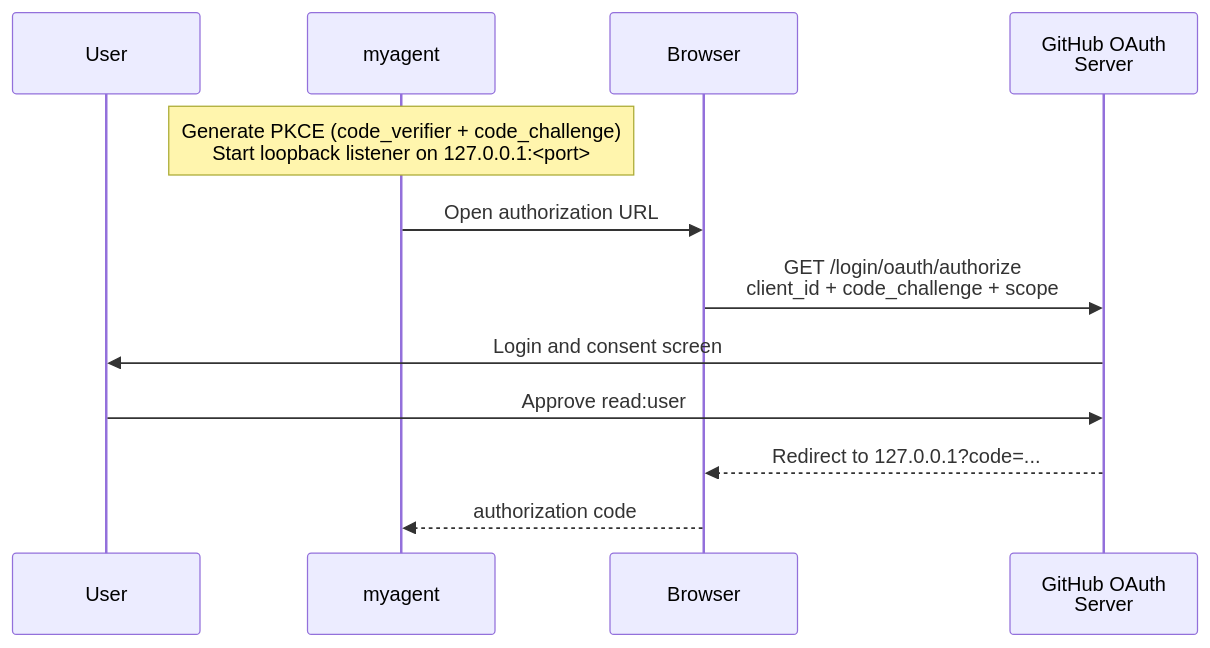
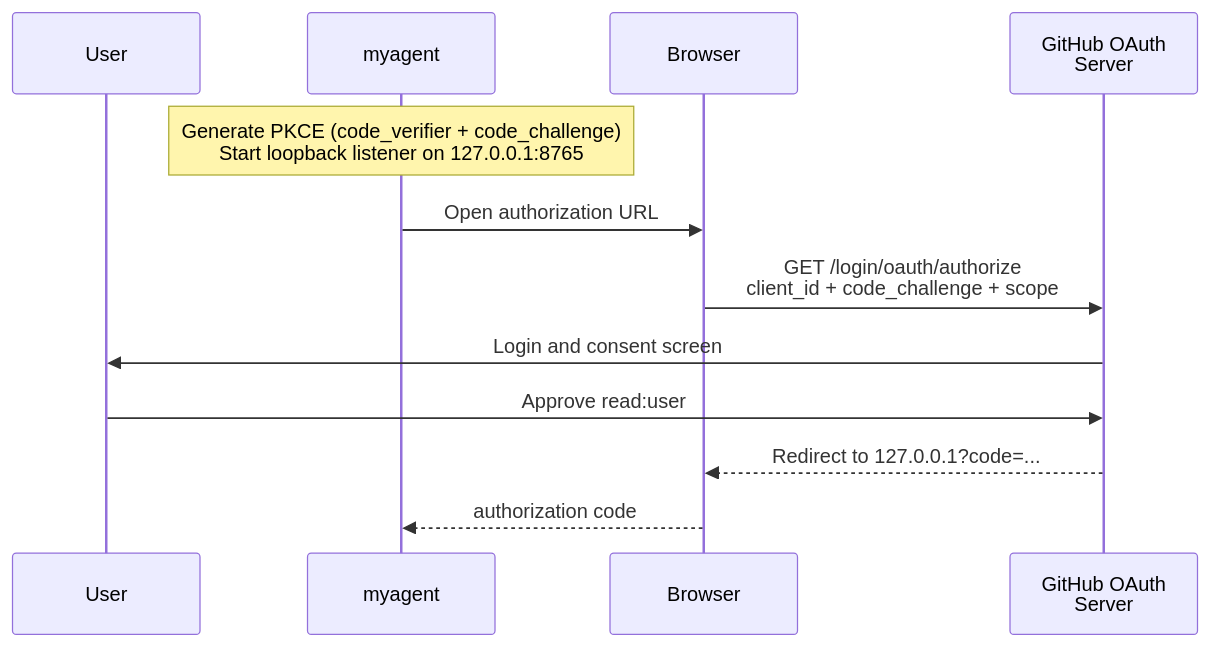
One commit to langchain-ai/lca-deepagents changed the third of 4 diagrams in thinkific/src/m1/m1.6-mcp.md. Above: the diagram before and after it, drawn with Mermaid. The commit also changed other lines of this file and 46 other files, not shown here.

```diff
--- a/thinkific/src/m1/m1.6-mcp.md
+++ b/thinkific/src/m1/m1.6-mcp.md
@@ -757,15 +764,15 @@
 <div class="mermaid">
 sequenceDiagram
     participant U as User
     participant A as myagent
     participant B as Browser
     participant O as GitHub OAuth<br/>Server
 
-    Note over A: Generate PKCE (code_verifier + code_challenge)<br/>Start loopback listener on 127.0.0.1:&lt;port&gt;
+    Note over A: Generate PKCE (code_verifier + code_challenge)<br/>Start loopback listener on 127.0.0.1:8765
     A->>B: Open authorization URL
     B->>O: GET /login/oauth/authorize<br/>client_id + code_challenge + scope
     O->>U: Login and consent screen
     U->>O: Approve read:user
     O-->>B: Redirect to 127.0.0.1?code=...
     B-->>A: authorization code
 </div>
```
